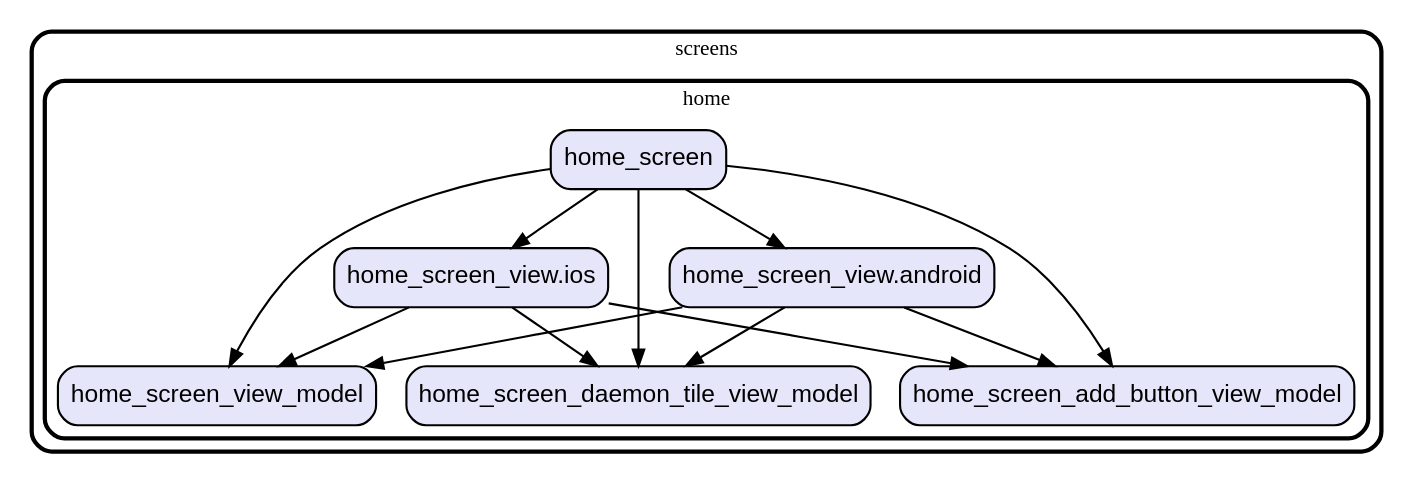
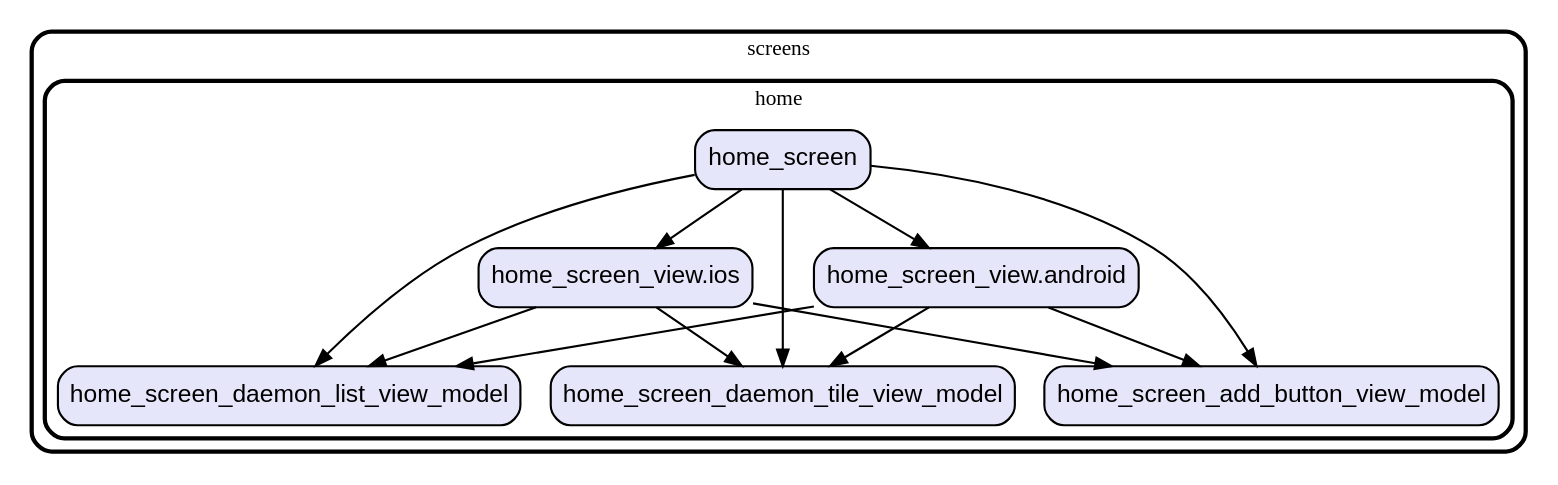
One commit to gev/reacthome-mobile changed the diagram in graph/lib/ui/screens.dot. Above: the diagram before and after it, drawn with Graphviz. The commit also changed 13 other files, not shown here.

Commit message:
update the modules dependencies graph

```diff
--- a/graph/lib/ui/screens.dot
+++ b/graph/lib/ui/screens.dot
@@ -1,34 +1,34 @@
 digraph "" {
   graph [style=rounded fontname="Arial Black" fontsize=13 penwidth=2.6];
   node [shape=rect style="filled,rounded" fontname=Arial fontsize=15 fillcolor=Lavender penwidth=1.3];
   edge [penwidth=1.3];
   "/home/home_screen_add_button_view_model.dart" [label="home_screen_add_button_view_model"];
   "/home/home_screen_view.android.dart" [label="home_screen_view.android"];
   "/home/home_screen_view.ios.dart" [label="home_screen_view.ios"];
   "/home/home_screen_daemon_tile_view_model.dart" [label="home_screen_daemon_tile_view_model"];
-  "/home/home_screen_view_model.dart" [label="home_screen_view_model"];
+  "/home/home_screen_daemon_list_view_model.dart" [label="home_screen_daemon_list_view_model"];
   "/home/home_screen.dart" [label="home_screen"];
   subgraph "cluster~" {
     label="screens";
     subgraph "cluster~/home" {
       label="home";
       "/home/home_screen_add_button_view_model.dart";
       "/home/home_screen_view.android.dart";
       "/home/home_screen_view.ios.dart";
       "/home/home_screen_daemon_tile_view_model.dart";
-      "/home/home_screen_view_model.dart";
+      "/home/home_screen_daemon_list_view_model.dart";
       "/home/home_screen.dart";
     }
   }
   "/home/home_screen_view.android.dart" -> "/home/home_screen_add_button_view_model.dart";
   "/home/home_screen_view.android.dart" -> "/home/home_screen_daemon_tile_view_model.dart";
-  "/home/home_screen_view.android.dart" -> "/home/home_screen_view_model.dart";
+  "/home/home_screen_view.android.dart" -> "/home/home_screen_daemon_list_view_model.dart";
   "/home/home_screen_view.ios.dart" -> "/home/home_screen_add_button_view_model.dart";
   "/home/home_screen_view.ios.dart" -> "/home/home_screen_daemon_tile_view_model.dart";
-  "/home/home_screen_view.ios.dart" -> "/home/home_screen_view_model.dart";
+  "/home/home_screen_view.ios.dart" -> "/home/home_screen_daemon_list_view_model.dart";
   "/home/home_screen.dart" -> "/home/home_screen_add_button_view_model.dart";
+  "/home/home_screen.dart" -> "/home/home_screen_daemon_list_view_model.dart";
   "/home/home_screen.dart" -> "/home/home_screen_daemon_tile_view_model.dart";
   "/home/home_screen.dart" -> "/home/home_screen_view.android.dart";
   "/home/home_screen.dart" -> "/home/home_screen_view.ios.dart";
-  "/home/home_screen.dart" -> "/home/home_screen_view_model.dart";
 }
```
